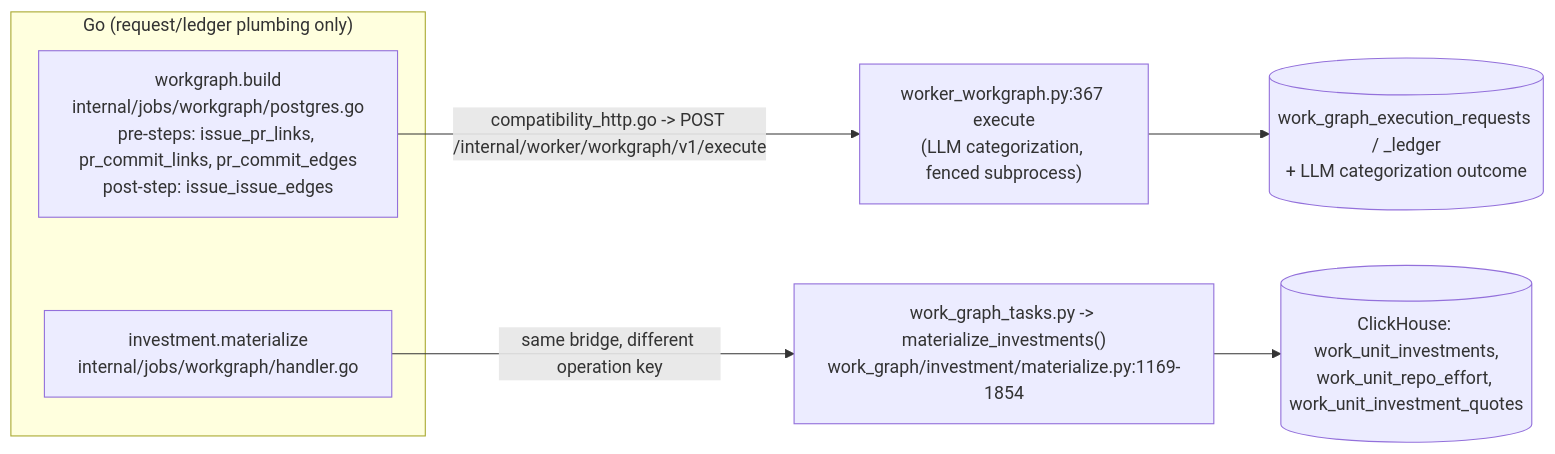
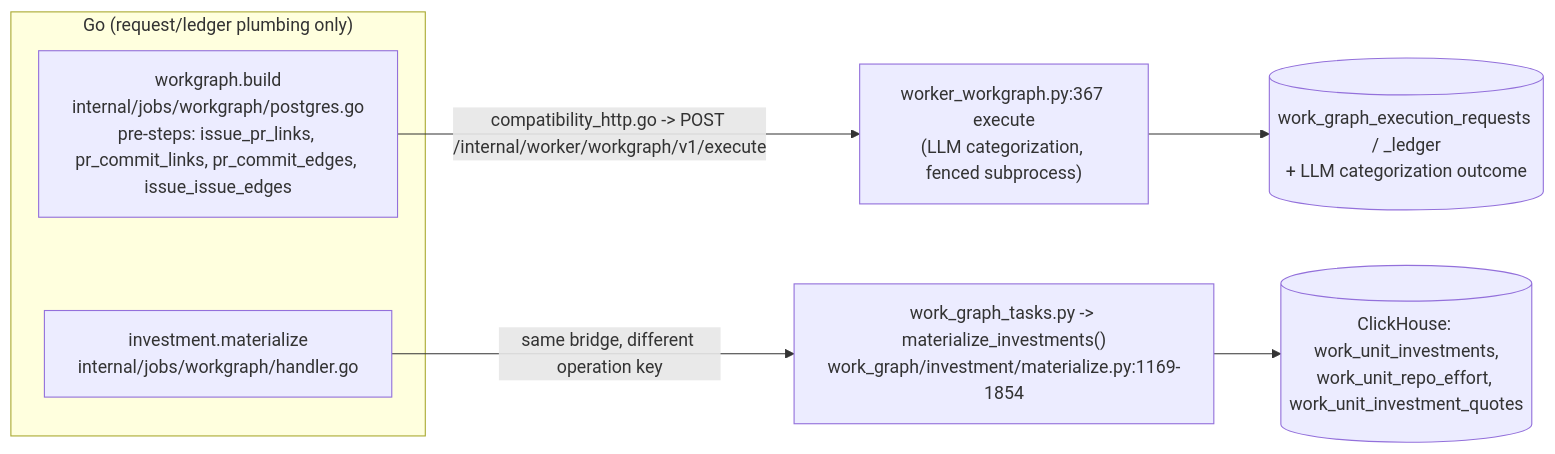
One commit to full-chaos/dev-health-ops changed the third of 3 diagrams in docs/reference/runtime/python-go-live-path-ledger.md. Above: the diagram before and after it, drawn with Mermaid. The commit also changed other lines of this file and 15 other files, not shown here.

````diff
--- a/docs/reference/runtime/python-go-live-path-ledger.md
+++ b/docs/reference/runtime/python-go-live-path-ledger.md
@@ -173,11 +173,11 @@
 ```mermaid
 flowchart LR
   subgraph Go["Go (request/ledger plumbing only)"]
-    WGREQ["workgraph.build<br/>internal/jobs/workgraph/postgres.go<br/>pre-steps: issue_pr_links, pr_commit_links, pr_commit_edges<br/>post-step: issue_issue_edges"]
+    WGREQ["workgraph.build<br/>internal/jobs/workgraph/postgres.go<br/>pre-steps: issue_pr_links, pr_commit_links, pr_commit_edges, issue_issue_edges"]
     INVREQ["investment.materialize<br/>internal/jobs/workgraph/handler.go"]
   end
   WGREQ -->|"compatibility_http.go -&gt; POST /internal/worker/workgraph/v1/execute"| WGP["worker_workgraph.py:367 execute<br/>(LLM categorization, fenced subprocess)"]
   INVREQ -->|"same bridge, different operation key"| INVP["work_graph_tasks.py -&gt; materialize_investments()<br/>work_graph/investment/materialize.py:1169-1854"]
   WGP --> WGT[("work_graph_execution_requests / _ledger<br/>+ LLM categorization outcome")]
   INVP --> INVT[("ClickHouse: work_unit_investments,<br/>work_unit_repo_effort, work_unit_investment_quotes")]
 ```
````
